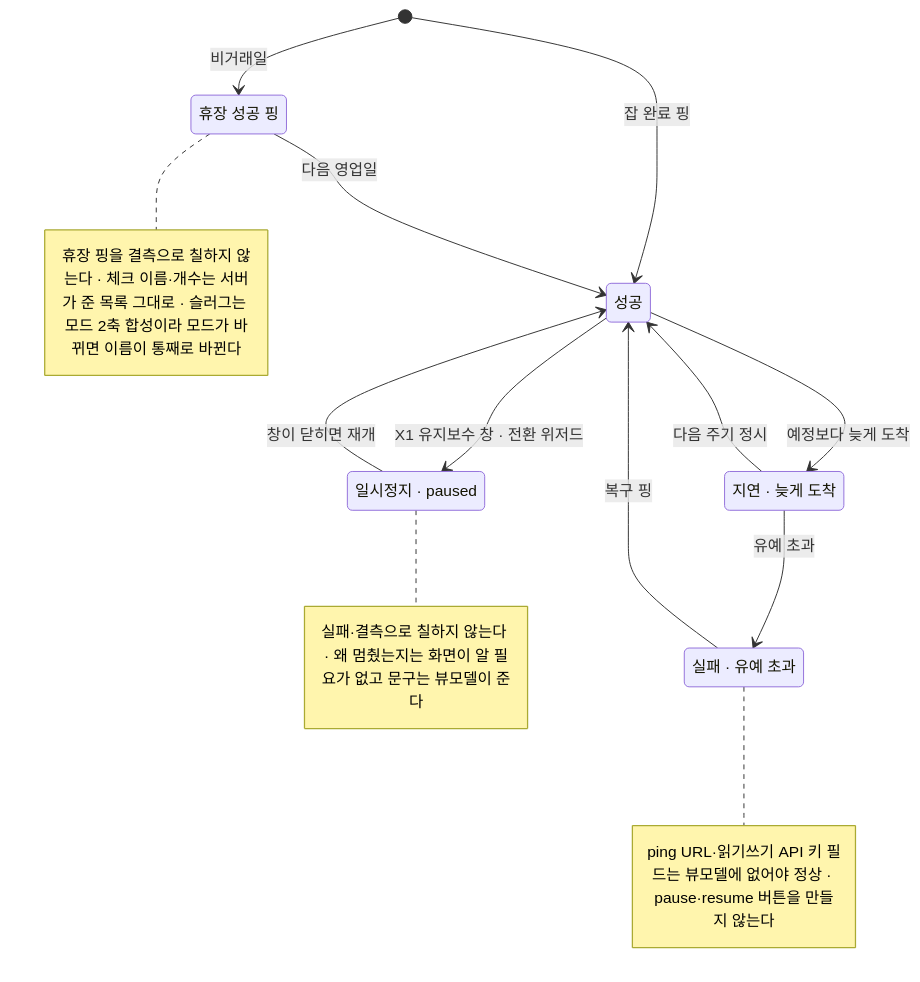
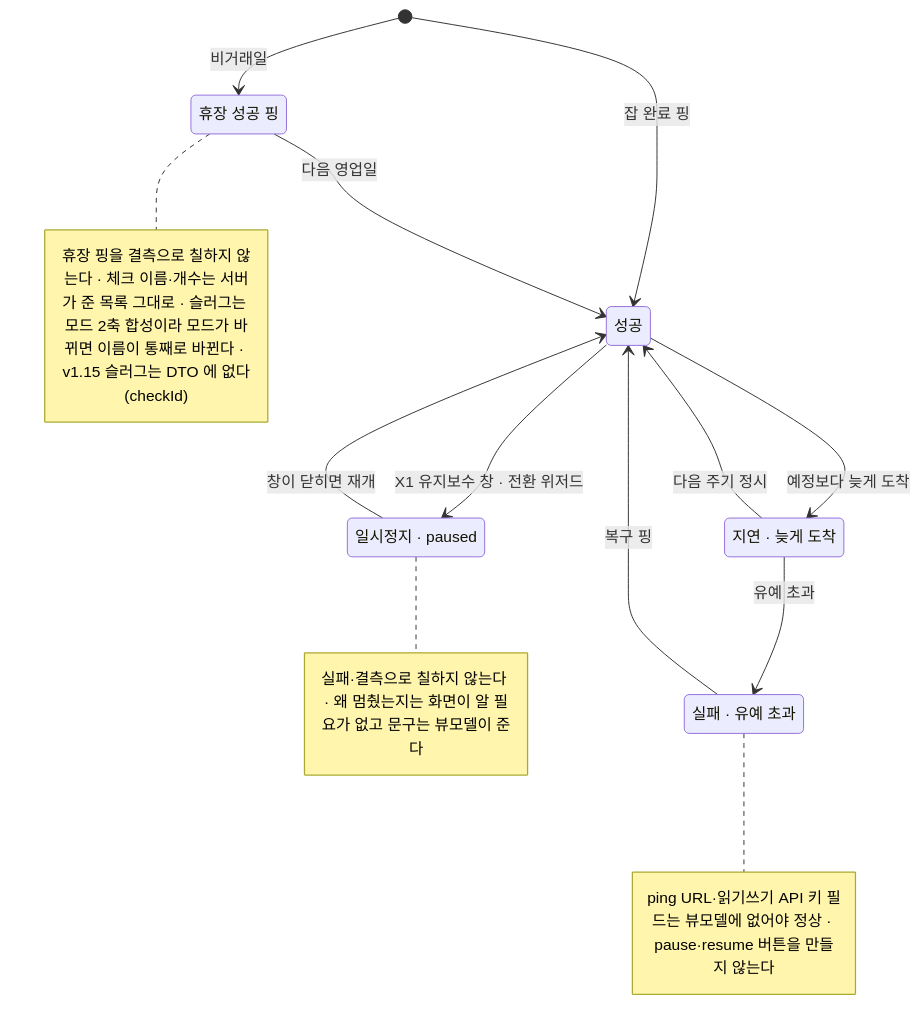
Before and after one commit to billybeom/AutoAlphaQuant: diagram 17 of 27 in docs/ai-context/04_화면명세_M8_셸_운영홈_알림_온보딩.md, drawn with Mermaid. The commit also changed other lines of this file and 11 other files, not shown here.

````diff
--- a/docs/ai-context/04_화면명세_M8_셸_운영홈_알림_온보딩.md
+++ b/docs/ai-context/04_화면명세_M8_셸_운영홈_알림_온보딩.md
@@ -908,20 +920,20 @@
 ```mermaid
 stateDiagram-v2
   state "성공" as OK
   state "지연 · 늦게 도착" as LATE
   state "실패 · 유예 초과" as FAIL
   state "휴장 성공 핑" as HOL
   state "일시정지 · paused" as PAUSED
   [*] --> OK : 잡 완료 핑
   [*] --> HOL : 비거래일
   OK --> LATE : 예정보다 늦게 도착
   LATE --> OK : 다음 주기 정시
   LATE --> FAIL : 유예 초과
   FAIL --> OK : 복구 핑
   HOL --> OK : 다음 영업일
   OK --> PAUSED : X1 유지보수 창 · 전환 위저드
   PAUSED --> OK : 창이 닫히면 재개
-  note right of HOL : 휴장 핑을 결측으로 칠하지 않는다 · 체크 이름·개수는 서버가 준 목록 그대로 · 슬러그는 모드 2축 합성이라 모드가 바뀌면 이름이 통째로 바뀐다
+  note right of HOL : 휴장 핑을 결측으로 칠하지 않는다 · 체크 이름·개수는 서버가 준 목록 그대로 · 슬러그는 모드 2축 합성이라 모드가 바뀌면 이름이 통째로 바뀐다 · v1.15 슬러그는 DTO 에 없다(checkId)
   note right of FAIL : ping URL·읽기쓰기 API 키 필드는 뷰모델에 없어야 정상 · pause·resume 버튼을 만들지 않는다
   note right of PAUSED : 실패·결측으로 칠하지 않는다 · 왜 멈췄는지는 화면이 알 필요가 없고 문구는 뷰모델이 준다
 ```
````
